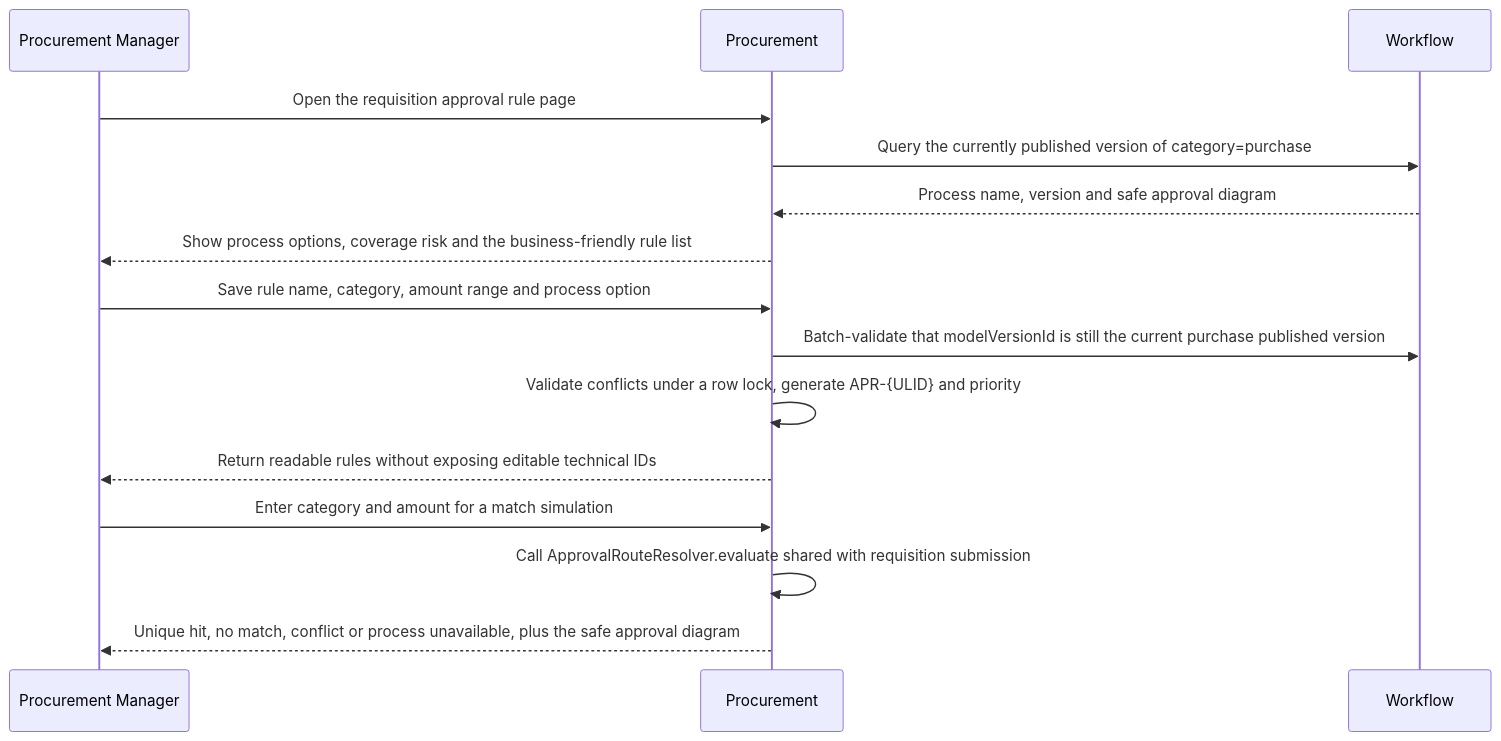
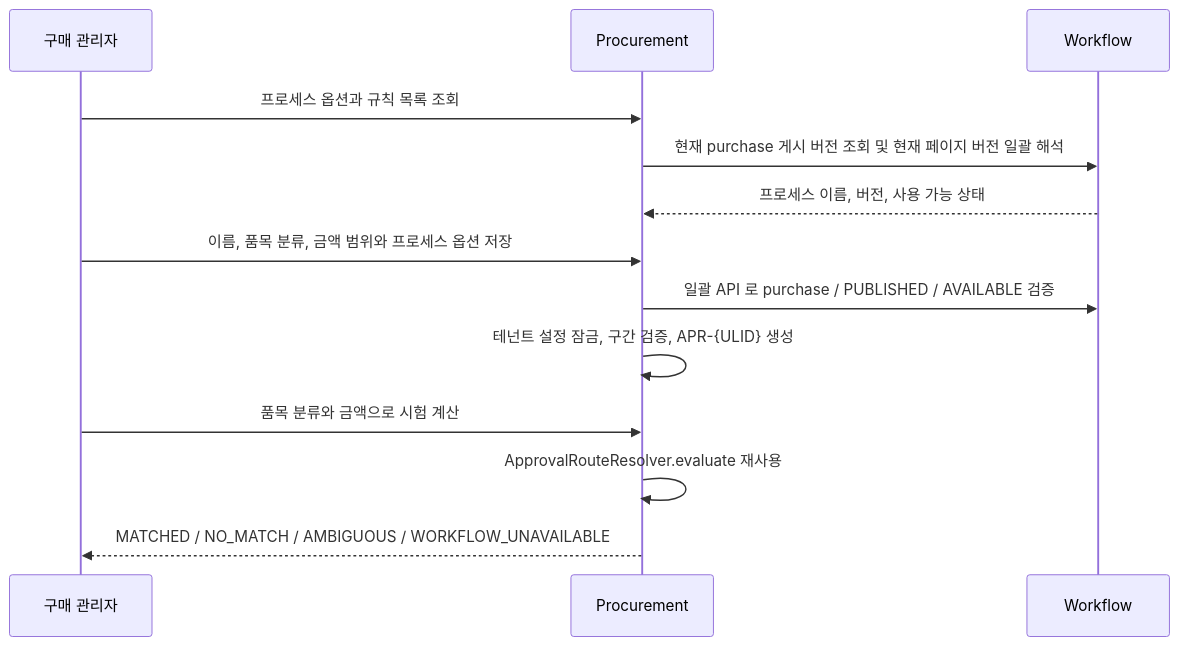
Before and after one commit to wang-baohai/Omni-Stack: diagram 17 of 21 in docs/core-flows.kr.md, drawn with Mermaid. The commit also changed other lines of this file and 1095 other files, not shown here.

````diff
--- a/docs/core-flows.kr.md
+++ b/docs/core-flows.kr.md
@@ -1748,18 +1386,15 @@
 ```mermaid
 sequenceDiagram
-    participant U as Procurement Manager
+    participant U as 구매 관리자
     participant P as Procurement
     participant W as Workflow
-
-    U->>P: Open the requisition approval rule page
-    P->>W: Query the currently published version of category=purchase
-    W-->>P: Process name, version and safe approval diagram
-    P-->>U: Show process options, coverage risk and the business-friendly rule list
-    U->>P: Save rule name, category, amount range and process option
-    P->>W: Batch-validate that modelVersionId is still the current purchase published version
-    P->>P: Validate conflicts under a row lock, generate APR-{ULID} and priority
-    P-->>U: Return readable rules without exposing editable technical IDs
-    U->>P: Enter category and amount for a match simulation
-    P->>P: Call ApprovalRouteResolver.evaluate shared with requisition submission
-    P-->>U: Unique hit, no match, conflict or process unavailable, plus the safe approval diagram
+    U->>P: 프로세스 옵션과 규칙 목록 조회
+    P->>W: 현재 purchase 게시 버전 조회 및 현재 페이지 버전 일괄 해석
+    W-->>P: 프로세스 이름, 버전, 사용 가능 상태
+    U->>P: 이름, 품목 분류, 금액 범위와 프로세스 옵션 저장
+    P->>W: 일괄 API 로 purchase / PUBLISHED / AVAILABLE 검증
+    P->>P: 테넌트 설정 잠금, 구간 검증, APR-{ULID} 생성
+    U->>P: 품목 분류와 금액으로 시험 계산
+    P->>P: ApprovalRouteResolver.evaluate 재사용
+    P-->>U: MATCHED / NO_MATCH / AMBIGUOUS / WORKFLOW_UNAVAILABLE
 ```
````
